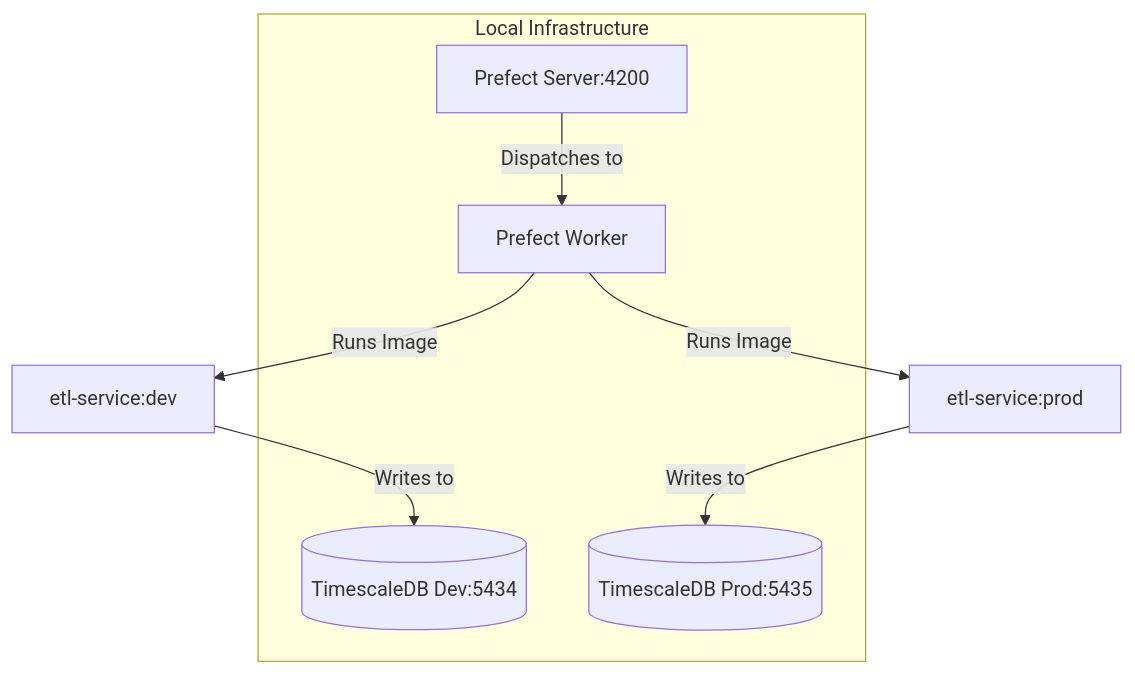
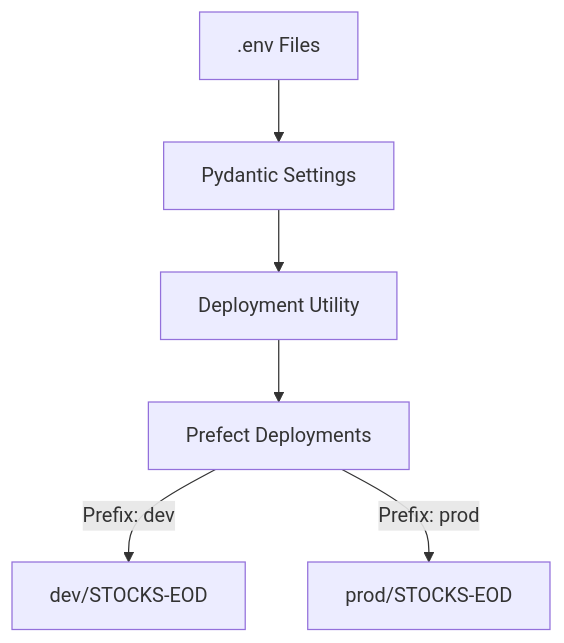
Before and after one commit to stavyos/enterprise-level-software: the diagram in pull_requests/PR-8.md, drawn with Mermaid. The commit also changed other lines of this file and 8 other files, not shown here.

First line of the commit message:
feat(etl-service): implement production environment hardening and documentation

````diff
--- a/pull_requests/PR-8.md
+++ b/pull_requests/PR-8.md
@@ -27,16 +35,8 @@
 ```mermaid
 graph TD
-    subgraph Local Infrastructure
-        DB_DEV[(TimescaleDB Dev:5434)]
-        DB_PROD[(TimescaleDB Prod:5435)]
-        P_SERVER[Prefect Server:4200]
-        P_WORKER[Prefect Worker]
-    end
-
-    ETL_DEV[etl-service:dev] -->|Writes to| DB_DEV
-    ETL_PROD[etl-service:prod] -->|Writes to| DB_PROD
-
-    P_SERVER -->|Dispatches to| P_WORKER
-    P_WORKER -->|Runs Image| ETL_DEV
-    P_WORKER -->|Runs Image| ETL_PROD
+    A[.env Files] --> B[Pydantic Settings]
+    B --> C[Deployment Utility]
+    C --> D[Prefect Deployments]
+    D -->|Prefix: dev| E[dev/STOCKS-EOD]
+    D -->|Prefix: prod| F[prod/STOCKS-EOD]
 ```
````
